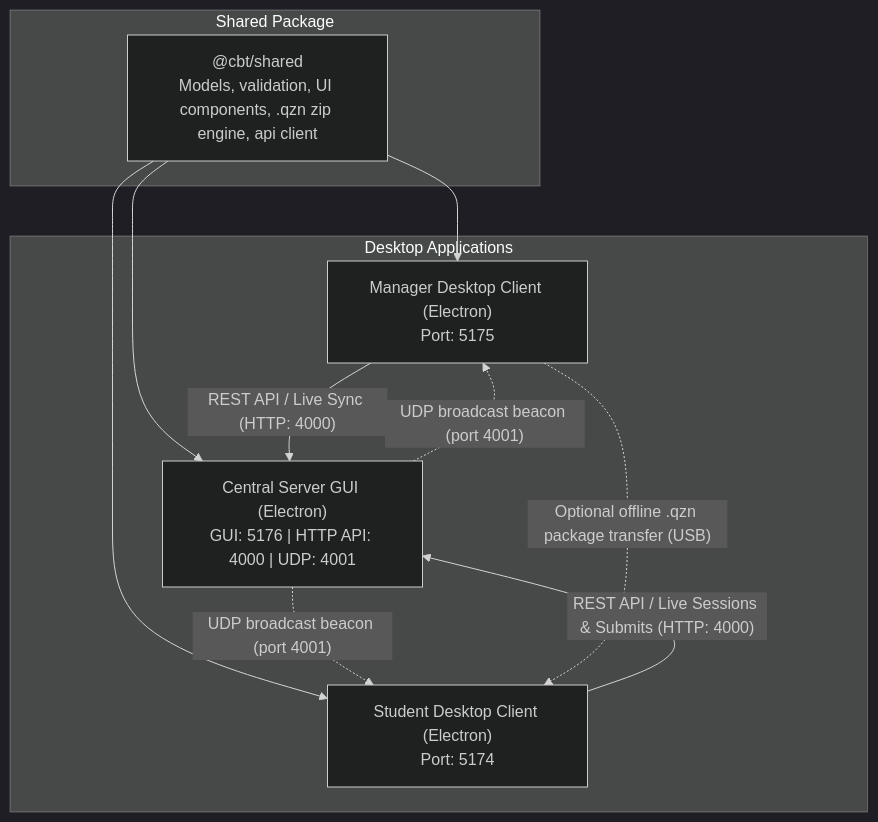
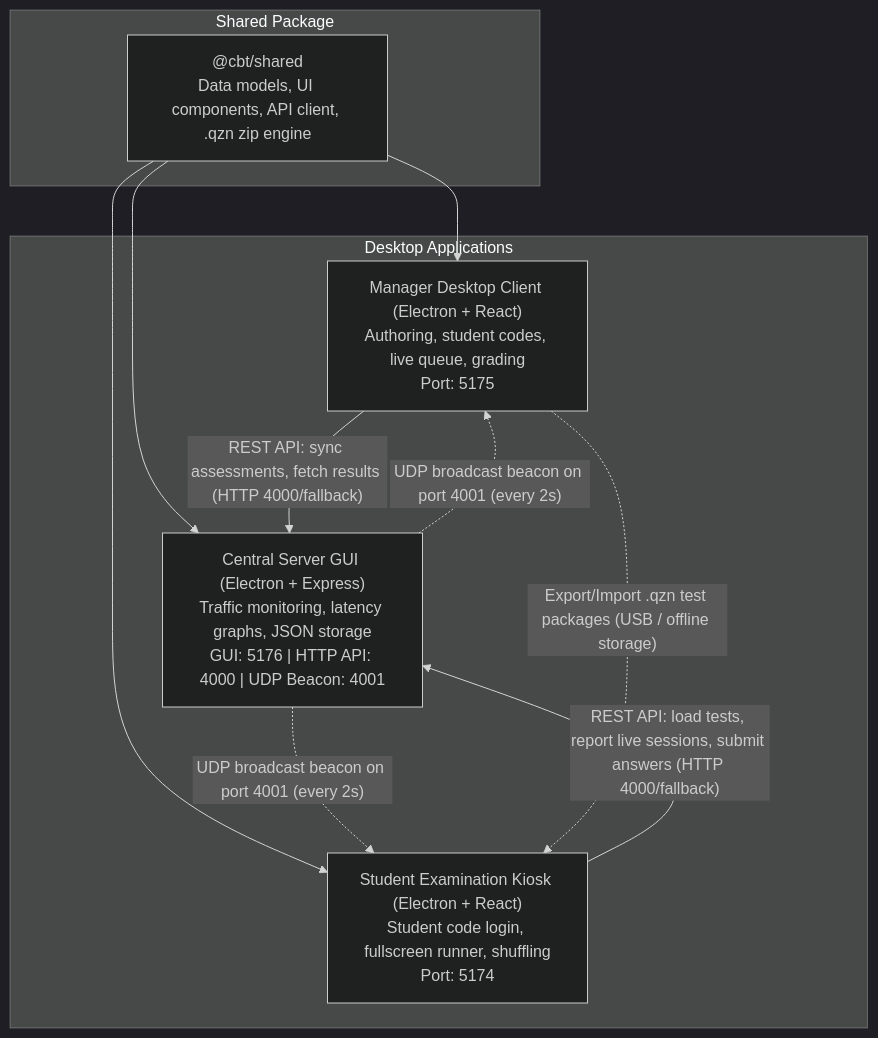
Before and after one commit to CodeWithAsterixh/quizeen-cbt: the first of 3 diagrams in documentation/ARCHITECTURE.md, drawn with Mermaid (dark theme). The commit also changed other lines of this file and 42 other files, not shown here.

````diff
--- a/documentation/ARCHITECTURE.md
+++ b/documentation/ARCHITECTURE.md
@@ -7,24 +27,24 @@
 ```mermaid
 graph TD
     subgraph Shared Package
-        Shared["@cbt/shared<br/>Models, validation, UI components, .qzn zip engine, api client"]
+        Shared["@cbt/shared<br/>Data models, UI components, API client, .qzn zip engine"]
     end
 
     subgraph Desktop Applications
-        Manager["Manager Desktop Client (Electron)<br/>Port: 5175"]
-        Student["Student Desktop Client (Electron)<br/>Port: 5174"]
-        ServerApp["Central Server GUI (Electron)<br/>GUI: 5176 | HTTP API: 4000 | UDP: 4001"]
+        Manager["Manager Desktop Client (Electron + React)<br/>Authoring, student codes, live queue, grading<br/>Port: 5175"]
+        Student["Student Examination Kiosk (Electron + React)<br/>Student code login, fullscreen runner, shuffling<br/>Port: 5174"]
+        ServerApp["Central Server GUI (Electron + Express)<br/>Traffic monitoring, latency graphs, JSON storage<br/>GUI: 5176 | HTTP API: 4000 | UDP Beacon: 4001"]
     end
 
     Shared --> Manager
     Shared --> Student
     Shared --> ServerApp
 
-    ServerApp -. "UDP broadcast beacon (port 4001)" .-> Manager
-    ServerApp -. "UDP broadcast beacon (port 4001)" .-> Student
+    ServerApp -. "UDP broadcast beacon on port 4001 (every 2s)" .-> Manager
+    ServerApp -. "UDP broadcast beacon on port 4001 (every 2s)" .-> Student
 
-    Manager -- "REST API / Live Sync (HTTP: 4000)" --> ServerApp
-    Student -- "REST API / Live Sessions & Submits (HTTP: 4000)" --> ServerApp
+    Manager -- "REST API: sync assessments, fetch results (HTTP 4000/fallback)" --> ServerApp
+    Student -- "REST API: load tests, report live sessions, submit answers (HTTP 4000/fallback)" --> ServerApp
 
-    Manager -. "Optional offline .qzn package transfer (USB)" .-> Student
+    Manager -. "Export/Import .qzn test packages (USB / offline storage)" .-> Student
 ```
````
